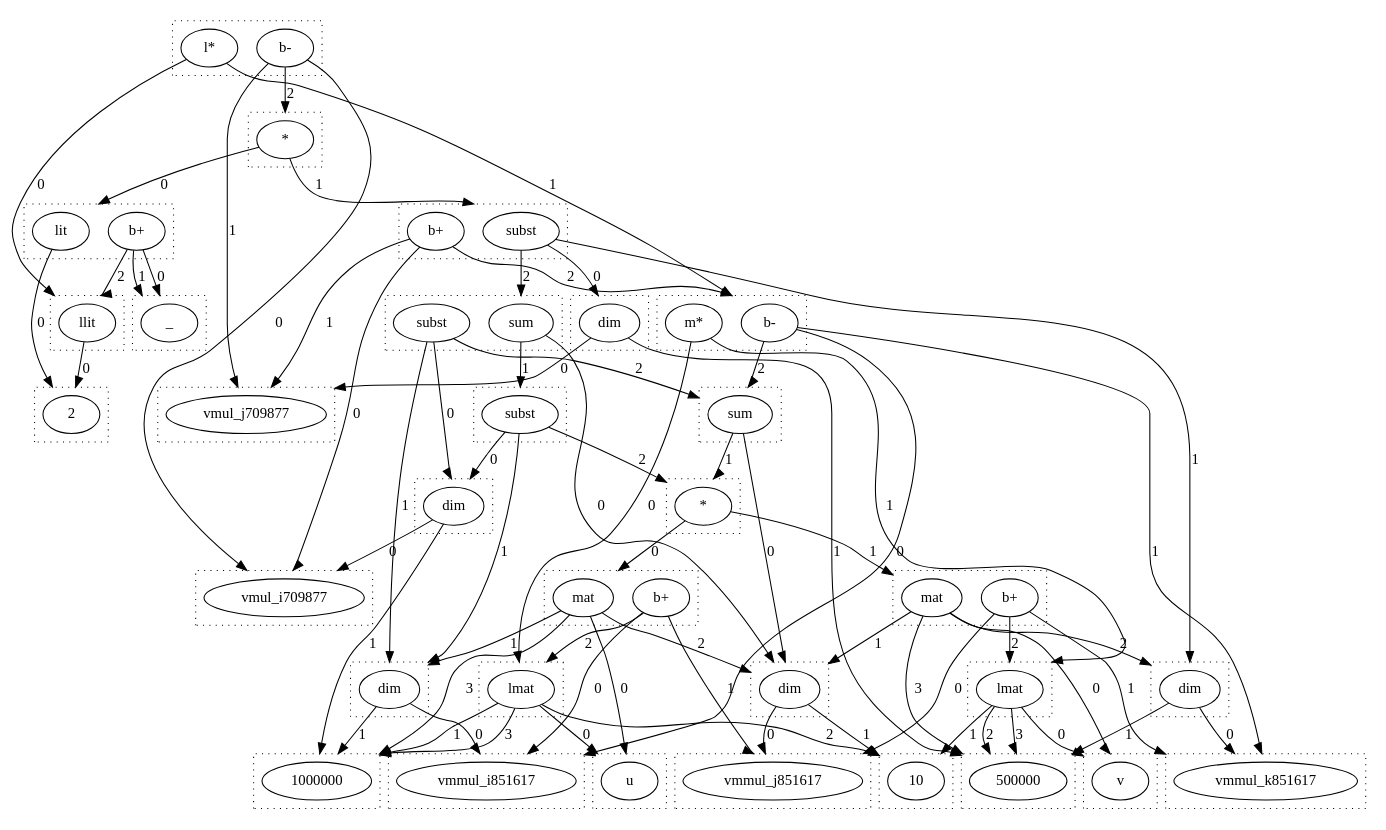
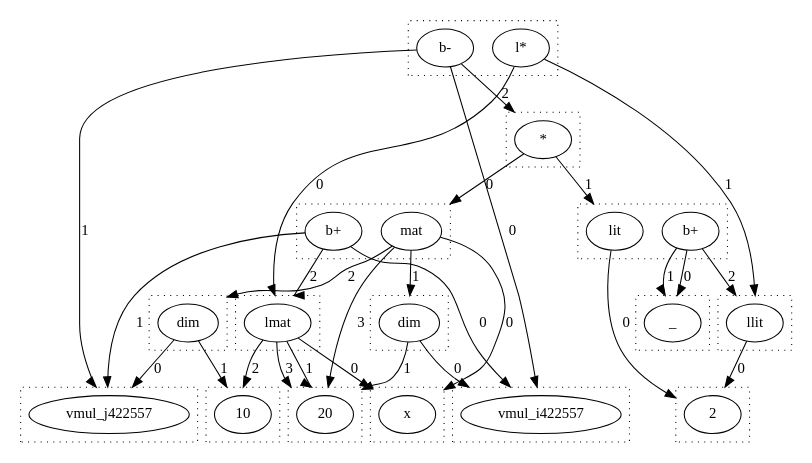
Before and after one commit to wormhole-optimization/warp: the diagram in dots/lmul.dot, drawn with Graphviz. The commit also changed 9 other files, not shown here.

```diff
--- a/dots/lmul.dot
+++ b/dots/lmul.dot
@@ -2,200 +2,92 @@
   compound=true
   subgraph cluster_0 {
     style=dotted
-    0.0[label = "2"]
+    0.0[label = "x"]
   }
   subgraph cluster_1 {
     style=dotted
-    1.0[label = "llit"]
+    1.0[label = "20"]
   }
   subgraph cluster_2 {
     style=dotted
-    2.0[label = "u"]
+    2.0[label = "10"]
   }
   subgraph cluster_3 {
     style=dotted
-    3.0[label = "1000000"]
+    3.0[label = "lmat"]
   }
   subgraph cluster_4 {
     style=dotted
-    4.0[label = "10"]
+    4.0[label = "2"]
   }
   subgraph cluster_5 {
     style=dotted
-    5.0[label = "lmat"]
+    5.0[label = "llit"]
   }
   subgraph cluster_6 {
     style=dotted
-    6.0[label = "v"]
+    6.0[label = "b-"]
+    6.1[label = "l*"]
   }
   subgraph cluster_7 {
     style=dotted
-    7.0[label = "500000"]
+    7.0[label = "vmul_i422557"]
   }
   subgraph cluster_8 {
     style=dotted
-    8.0[label = "lmat"]
+    8.0[label = "vmul_j422557"]
   }
   subgraph cluster_9 {
     style=dotted
-    9.0[label = "b-"]
-    9.1[label = "m*"]
+    9.0[label = "mat"]
+    9.1[label = "b+"]
   }
   subgraph cluster_10 {
     style=dotted
-    10.0[label = "b-"]
-    10.1[label = "l*"]
+    10.0[label = "_"]
   }
   subgraph cluster_11 {
     style=dotted
-    11.0[label = "vmul_i709877"]
+    11.0[label = "lit"]
+    11.1[label = "b+"]
   }
   subgraph cluster_12 {
     style=dotted
-    12.0[label = "vmul_j709877"]
-  }
-  subgraph cluster_13 {
-    style=dotted
-    13.0[label = "_"]
+    12.0[label = "*"]
   }
   subgraph cluster_14 {
     style=dotted
-    14.0[label = "lit"]
-    14.1[label = "b+"]
+    14.0[label = "dim"]
   }
   subgraph cluster_15 {
     style=dotted
-    15.0[label = "subst"]
-    15.1[label = "b+"]
+    15.0[label = "dim"]
   }
-  subgraph cluster_16 {
-    style=dotted
-    16.0[label = "*"]
-  }
-  subgraph cluster_18 {
-    style=dotted
-    18.0[label = "vmmul_i851617"]
-  }
-  subgraph cluster_19 {
-    style=dotted
-    19.0[label = "vmmul_k851617"]
-  }
-  subgraph cluster_20 {
-    style=dotted
-    20.0[label = "vmmul_j851617"]
-  }
-  subgraph cluster_21 {
-    style=dotted
-    21.0[label = "dim"]
-  }
-  subgraph cluster_22 {
-    style=dotted
-    22.0[label = "mat"]
-    22.1[label = "b+"]
-  }
-  subgraph cluster_23 {
-    style=dotted
-    23.0[label = "mat"]
-    23.1[label = "b+"]
-  }
-  subgraph cluster_24 {
-    style=dotted
-    24.0[label = "*"]
-  }
-  subgraph cluster_25 {
-    style=dotted
-    25.0[label = "sum"]
-  }
-  subgraph cluster_27 {
-    style=dotted
-    27.0[label = "dim"]
-  }
-  subgraph cluster_28 {
-    style=dotted
-    28.0[label = "dim"]
-  }
-  subgraph cluster_29 {
-    style=dotted
-    29.0[label = "dim"]
-  }
-  subgraph cluster_30 {
-    style=dotted
-    30.0[label = "dim"]
-  }
-  subgraph cluster_31 {
-    style=dotted
-    31.0[label = "sum"]
-    31.1[label = "subst"]
-  }
-  subgraph cluster_36 {
-    style=dotted
-    36.0[label = "subst"]
-  }
-  1.0 -> 0.0 [lhead = cluster_0, label = 0]
-  5.0 -> 2.0 [lhead = cluster_2, label = 0]
-  5.0 -> 3.0 [lhead = cluster_3, label = 1]
-  5.0 -> 4.0 [lhead = cluster_4, label = 2]
-  5.0 -> 3.0 [lhead = cluster_3, label = 3]
-  8.0 -> 6.0 [lhead = cluster_6, label = 0]
-  8.0 -> 4.0 [lhead = cluster_4, label = 1]
-  8.0 -> 7.0 [lhead = cluster_7, label = 2]
-  8.0 -> 7.0 [lhead = cluster_7, label = 3]
-  9.0 -> 18.0 [lhead = cluster_18, label = 0]
-  9.0 -> 19.0 [lhead = cluster_19, label = 1]
-  9.0 -> 25.0 [lhead = cluster_25, label = 2]
-  9.1 -> 5.0 [lhead = cluster_5, label = 0]
+  3.0 -> 0.0 [lhead = cluster_0, label = 0]
+  3.0 -> 1.0 [lhead = cluster_1, label = 1]
+  3.0 -> 2.0 [lhead = cluster_2, label = 2]
+  3.0 -> 1.0 [lhead = cluster_1, label = 3]
+  5.0 -> 4.0 [lhead = cluster_4, label = 0]
+  6.0 -> 7.0 [lhead = cluster_7, label = 0]
+  6.0 -> 8.0 [lhead = cluster_8, label = 1]
+  6.0 -> 12.0 [lhead = cluster_12, label = 2]
+  6.1 -> 3.0 [lhead = cluster_3, label = 0]
+  6.1 -> 5.0 [lhead = cluster_5, label = 1]
+  9.0 -> 0.0 [lhead = cluster_0, label = 0]
+  9.0 -> 14.0 [lhead = cluster_14, label = 1]
+  9.0 -> 15.0 [lhead = cluster_15, label = 2]
+  9.0 -> 1.0 [lhead = cluster_1, label = 3]
+  9.1 -> 7.0 [lhead = cluster_7, label = 0]
   9.1 -> 8.0 [lhead = cluster_8, label = 1]
-  10.0 -> 11.0 [lhead = cluster_11, label = 0]
-  10.0 -> 12.0 [lhead = cluster_12, label = 1]
-  10.0 -> 16.0 [lhead = cluster_16, label = 2]
-  10.1 -> 1.0 [lhead = cluster_1, label = 0]
-  10.1 -> 9.0 [lhead = cluster_9, label = 1]
-  14.0 -> 0.0 [lhead = cluster_0, label = 0]
-  14.1 -> 13.0 [lhead = cluster_13, label = 0]
-  14.1 -> 13.0 [lhead = cluster_13, label = 1]
-  14.1 -> 1.0 [lhead = cluster_1, label = 2]
-  15.0 -> 27.0 [lhead = cluster_27, label = 0]
-  15.0 -> 28.0 [lhead = cluster_28, label = 1]
-  15.0 -> 31.0 [lhead = cluster_31, label = 2]
-  15.1 -> 11.0 [lhead = cluster_11, label = 0]
-  15.1 -> 12.0 [lhead = cluster_12, label = 1]
-  15.1 -> 9.0 [lhead = cluster_9, label = 2]
-  16.0 -> 14.0 [lhead = cluster_14, label = 0]
-  16.0 -> 15.0 [lhead = cluster_15, label = 1]
-  21.0 -> 20.0 [lhead = cluster_20, label = 0]
-  21.0 -> 4.0 [lhead = cluster_4, label = 1]
-  22.0 -> 2.0 [lhead = cluster_2, label = 0]
-  22.0 -> 30.0 [lhead = cluster_30, label = 1]
-  22.0 -> 21.0 [lhead = cluster_21, label = 2]
-  22.0 -> 3.0 [lhead = cluster_3, label = 3]
-  22.1 -> 18.0 [lhead = cluster_18, label = 0]
-  22.1 -> 20.0 [lhead = cluster_20, label = 1]
-  22.1 -> 5.0 [lhead = cluster_5, label = 2]
-  23.0 -> 6.0 [lhead = cluster_6, label = 0]
-  23.0 -> 21.0 [lhead = cluster_21, label = 1]
-  23.0 -> 28.0 [lhead = cluster_28, label = 2]
-  23.0 -> 7.0 [lhead = cluster_7, label = 3]
-  23.1 -> 20.0 [lhead = cluster_20, label = 0]
-  23.1 -> 19.0 [lhead = cluster_19, label = 1]
-  23.1 -> 8.0 [lhead = cluster_8, label = 2]
-  24.0 -> 22.0 [lhead = cluster_22, label = 0]
-  24.0 -> 23.0 [lhead = cluster_23, label = 1]
-  25.0 -> 21.0 [lhead = cluster_21, label = 0]
-  25.0 -> 24.0 [lhead = cluster_24, label = 1]
-  27.0 -> 12.0 [lhead = cluster_12, label = 0]
-  27.0 -> 7.0 [lhead = cluster_7, label = 1]
-  28.0 -> 19.0 [lhead = cluster_19, label = 0]
-  28.0 -> 7.0 [lhead = cluster_7, label = 1]
-  29.0 -> 11.0 [lhead = cluster_11, label = 0]
-  29.0 -> 3.0 [lhead = cluster_3, label = 1]
-  30.0 -> 18.0 [lhead = cluster_18, label = 0]
-  30.0 -> 3.0 [lhead = cluster_3, label = 1]
-  31.0 -> 21.0 [lhead = cluster_21, label = 0]
-  31.0 -> 36.0 [lhead = cluster_36, label = 1]
-  31.1 -> 29.0 [lhead = cluster_29, label = 0]
-  31.1 -> 30.0 [lhead = cluster_30, label = 1]
-  31.1 -> 25.0 [lhead = cluster_25, label = 2]
-  36.0 -> 29.0 [lhead = cluster_29, label = 0]
-  36.0 -> 30.0 [lhead = cluster_30, label = 1]
-  36.0 -> 24.0 [lhead = cluster_24, label = 2]
+  9.1 -> 3.0 [lhead = cluster_3, label = 2]
+  11.0 -> 4.0 [lhead = cluster_4, label = 0]
+  11.1 -> 10.0 [lhead = cluster_10, label = 0]
+  11.1 -> 10.0 [lhead = cluster_10, label = 1]
+  11.1 -> 5.0 [lhead = cluster_5, label = 2]
+  12.0 -> 9.0 [lhead = cluster_9, label = 0]
+  12.0 -> 11.0 [lhead = cluster_11, label = 1]
+  14.0 -> 7.0 [lhead = cluster_7, label = 0]
+  14.0 -> 1.0 [lhead = cluster_1, label = 1]
+  15.0 -> 8.0 [lhead = cluster_8, label = 0]
+  15.0 -> 2.0 [lhead = cluster_2, label = 1]
 }
```
